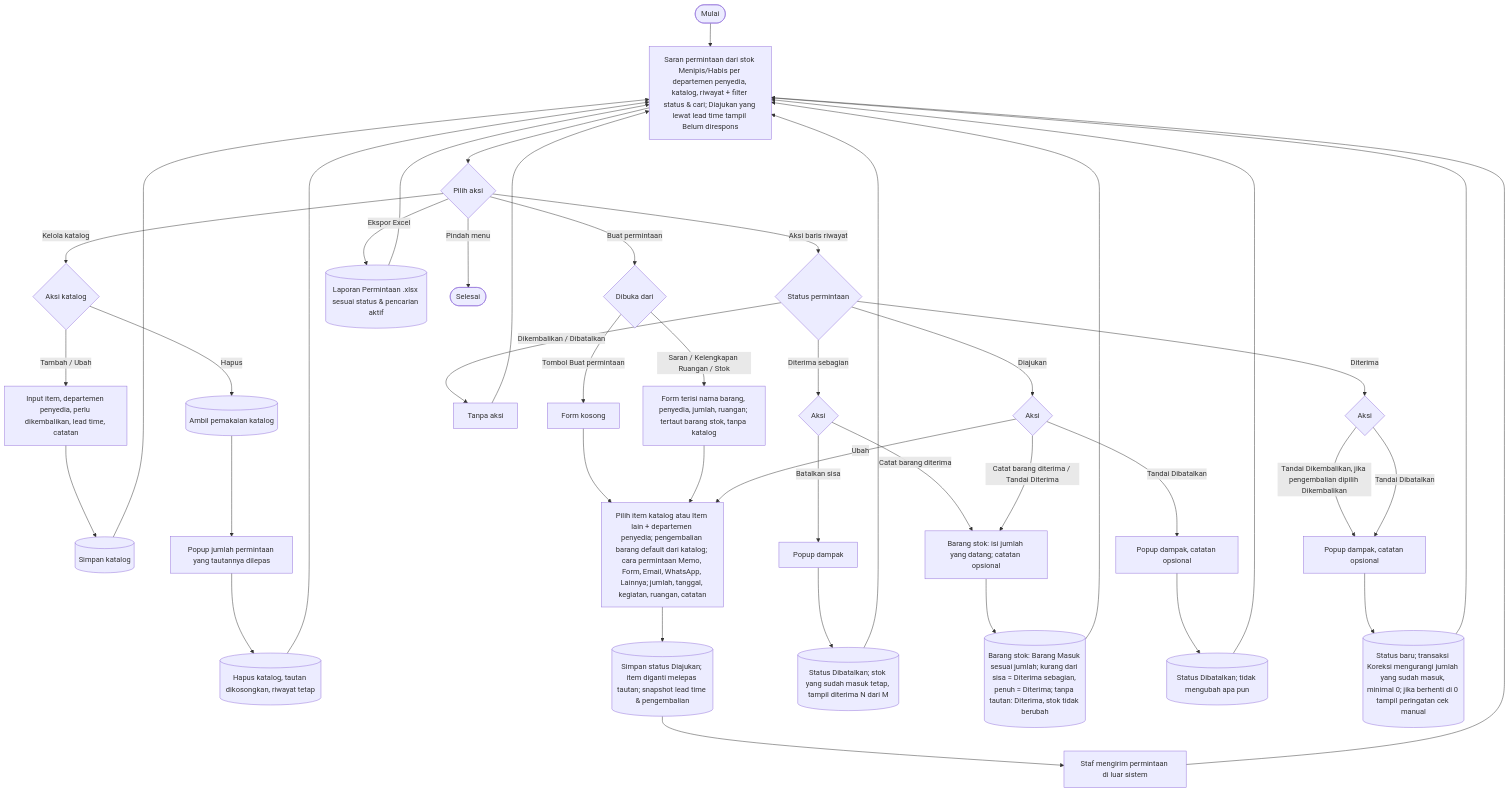
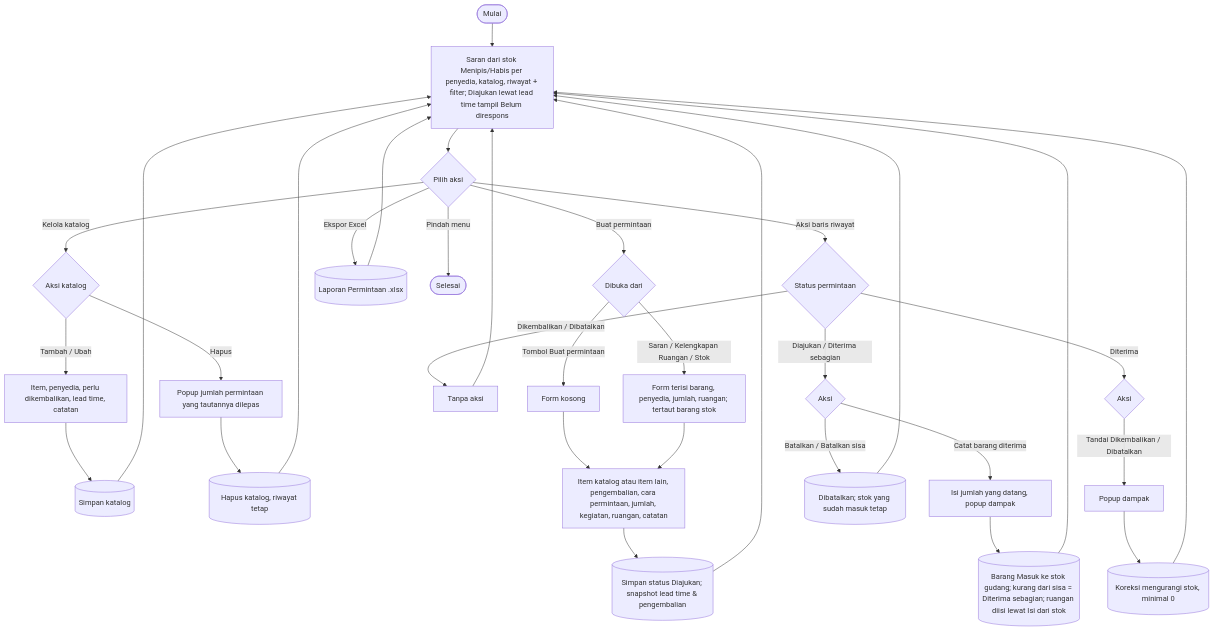
Before and after one commit to mrizqihidayat/system-tracking-asset: the seventh of 9 diagrams in docs/flowchart.md, drawn with Mermaid. The commit also changed other lines of this file and 3 other files, not shown here.

Commit message:
Tambah test case manual dan flowchart draw.io yang dibuat dari flowchart.md

````diff
--- a/docs/flowchart.md
+++ b/docs/flowchart.md
@@ -254,33 +198,22 @@
 ```mermaid
 flowchart TD
-    A([Mulai]) --> B[Saran permintaan dari stok Menipis/Habis per departemen penyedia, katalog, riwayat + filter status & cari; Diajukan yang lewat lead time tampil Belum direspons]
+    A([Mulai]) --> B[Saran dari stok Menipis/Habis per penyedia, katalog, riwayat + filter; Diajukan lewat lead time tampil Belum direspons]
     B --> C{Pilih aksi}
-
     C -- Kelola katalog --> K0{Aksi katalog}
-    K0 -- Tambah / Ubah --> K1[Input item, departemen penyedia, perlu dikembalikan, lead time, catatan] --> K2[(Simpan katalog)] --> B
-    K0 -- Hapus --> K3[(Ambil pemakaian katalog)] --> K4[Popup jumlah permintaan yang tautannya dilepas] --> K5[(Hapus katalog, tautan dikosongkan, riwayat tetap)] --> B
-
+    K0 -- Tambah / Ubah --> K1[Item, penyedia, perlu dikembalikan, lead time, catatan] --> K2[(Simpan katalog)] --> B
+    K0 -- Hapus --> K4[Popup jumlah permintaan yang tautannya dilepas] --> K5[(Hapus katalog, riwayat tetap)] --> B
     C -- Buat permintaan --> P0{Dibuka dari}
     P0 -- Tombol Buat permintaan --> P1[Form kosong]
-    P0 -- Saran / Kelengkapan Ruangan / Stok --> P1a[Form terisi nama barang, penyedia, jumlah, ruangan; tertaut barang stok, tanpa katalog]
-    P1 & P1a --> P2[Pilih item katalog atau Item lain + departemen penyedia; pengembalian barang default dari katalog; cara permintaan Memo, Form, Email, WhatsApp, Lainnya; jumlah, tanggal, kegiatan, ruangan, catatan]
-    P2 --> P3[(Simpan status Diajukan; item diganti melepas tautan; snapshot lead time & pengembalian)]
-    P3 --> P4[Staf mengirim permintaan di luar sistem] --> B
-
+    P0 -- Saran / Kelengkapan Ruangan / Stok --> P1a[Form terisi barang, penyedia, jumlah, ruangan; tertaut barang stok]
+    P1 & P1a --> P2[Item katalog atau item lain, pengembalian, cara permintaan, jumlah, kegiatan, ruangan, catatan]
+    P2 --> P3[(Simpan status Diajukan; snapshot lead time & pengembalian)] --> B
     C -- Aksi baris riwayat --> U0{Status permintaan}
     U0 -- Dikembalikan / Dibatalkan --> U3[Tanpa aksi] --> B
-    U0 -- Diterima sebagian --> U4{Aksi}
-    U4 -- Catat barang diterima --> M1
-    U4 -- Batalkan sisa --> M4[Popup dampak] --> I4[(Status Dibatalkan; stok yang sudah masuk tetap, tampil diterima N dari M)] --> B
-    U0 -- Diajukan --> U1{Aksi}
-    U1 -- Ubah --> P2
-    U1 -- Catat barang diterima / Tandai Diterima --> M1[Barang stok: isi jumlah yang datang; catatan opsional] --> I1[(Barang stok: Barang Masuk sesuai jumlah; kurang dari sisa = Diterima sebagian, penuh = Diterima; tanpa tautan: Diterima, stok tidak berubah)] --> B
-    U1 -- Tandai Dibatalkan --> M2[Popup dampak, catatan opsional] --> I2[(Status Dibatalkan; tidak mengubah apa pun)] --> B
+    U0 -- Diajukan / Diterima sebagian --> U1{Aksi}
+    U1 -- Catat barang diterima --> M1[Isi jumlah yang datang, popup dampak] --> I1[(Barang Masuk ke stok gudang; kurang dari sisa = Diterima sebagian; ruangan diisi lewat Isi dari stok)] --> B
+    U1 -- Batalkan / Batalkan sisa --> I2[(Dibatalkan; stok yang sudah masuk tetap)] --> B
     U0 -- Diterima --> U2{Aksi}
-    U2 -- Tandai Dikembalikan, jika pengembalian dipilih Dikembalikan --> M3[Popup dampak, catatan opsional]
-    U2 -- Tandai Dibatalkan --> M3
-    M3 --> I3[(Status baru; transaksi Koreksi mengurangi jumlah yang sudah masuk, minimal 0; jika berhenti di 0 tampil peringatan cek manual)] --> B
-
-    C -- Ekspor Excel --> X1[(Laporan Permintaan .xlsx sesuai status & pencarian aktif)] --> B
+    U2 -- Tandai Dikembalikan / Dibatalkan --> M3[Popup dampak] --> I3[(Koreksi mengurangi stok, minimal 0)] --> B
+    C -- Ekspor Excel --> X1[(Laporan Permintaan .xlsx)] --> B
     C -- Pindah menu --> Z([Selesai])
 ```
````
